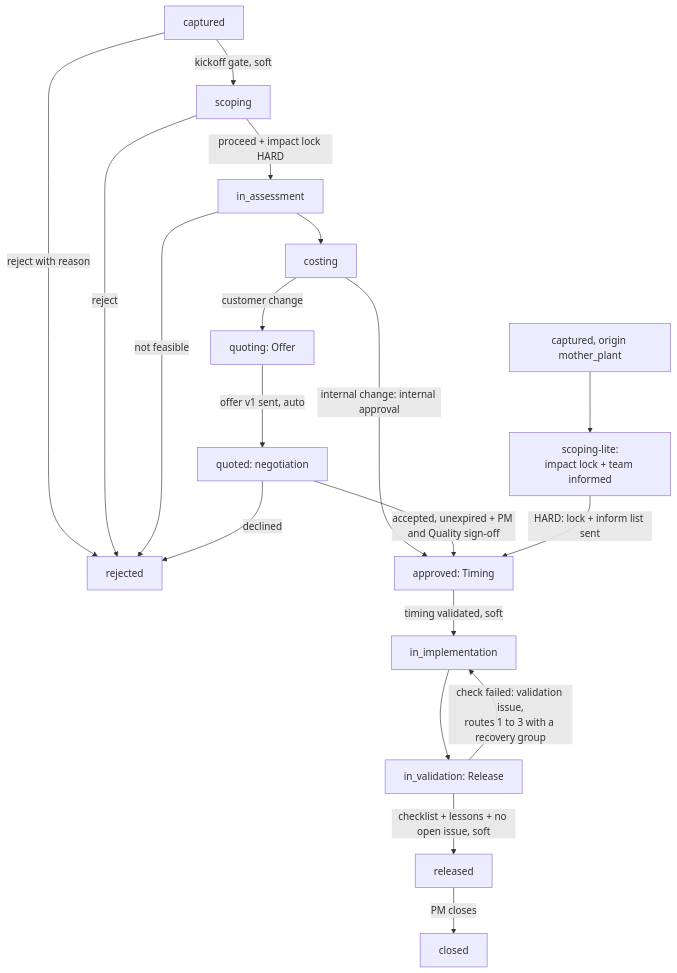
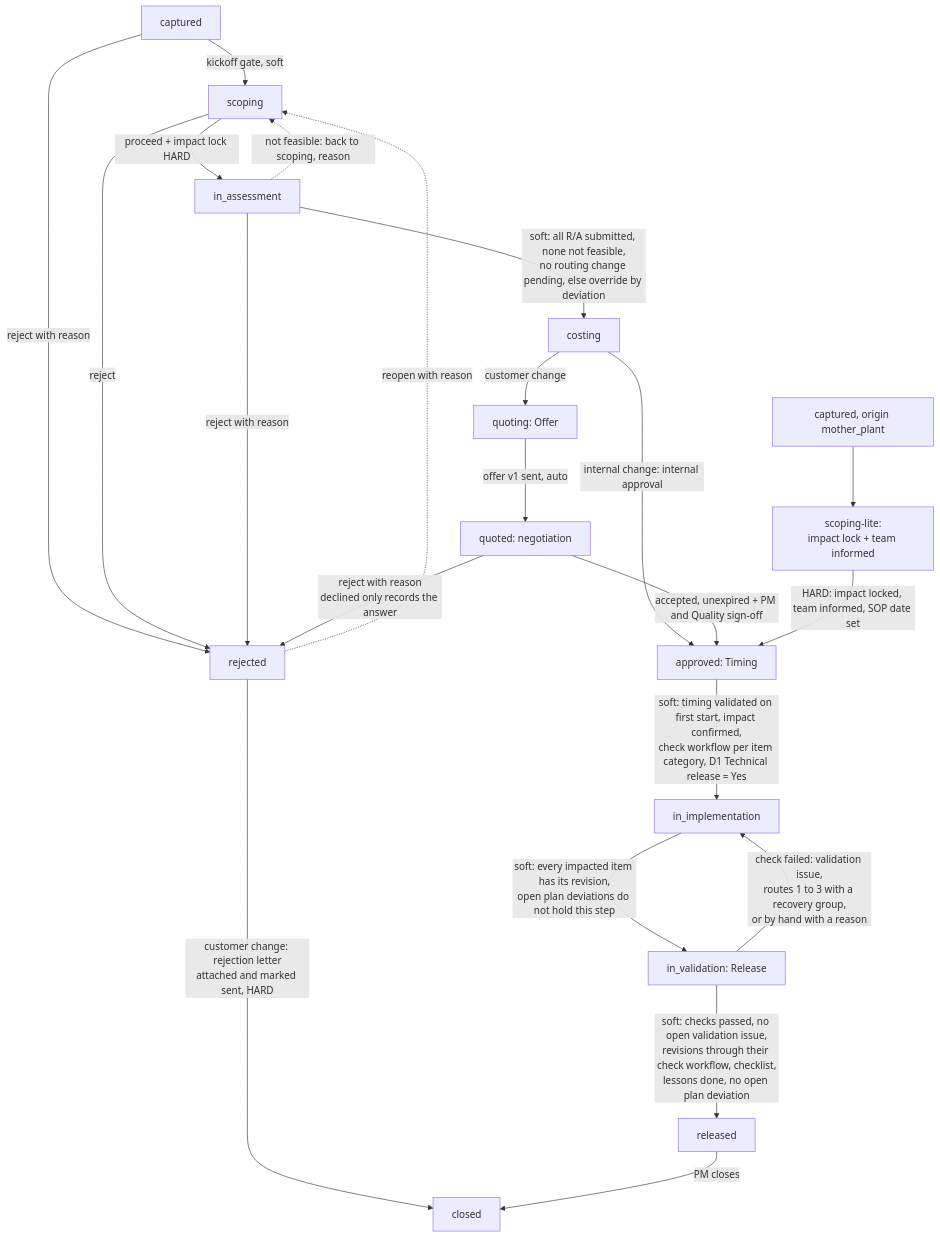
Before and after one commit to chremmler777/PLM2: the diagram in docs/CHANGE_MANAGEMENT_FLOW.md, drawn with Mermaid. The commit also changed other lines of this file, not shown here.

First line of the commit message:
docs(cm): CHANGE_MANAGEMENT_FLOW matches the system (desk check 2026-10-01)

````diff
--- a/docs/CHANGE_MANAGEMENT_FLOW.md
+++ b/docs/CHANGE_MANAGEMENT_FLOW.md
@@ -43,21 +45,24 @@
 ```mermaid
 flowchart TD
     A[captured] -->|kickoff gate, soft| B[scoping]
     A -->|reject with reason| X[rejected]
     B -->|proceed + impact lock HARD| C[in_assessment]
     B -->|reject| X
-    C -->|not feasible| X
-    C --> D[costing]
+    C -->|reject with reason| X
+    C -.->|not feasible: back to scoping, reason| B
+    C -->|soft: all R/A submitted, none not feasible,<br/>no routing change pending, else override by deviation| D[costing]
     D -->|customer change| E[quoting: Offer]
     D -->|internal change: internal approval| H
     E -->|offer v1 sent, auto| F[quoted: negotiation]
-    F -->|declined| X
+    F -->|reject with reason<br/>declined only records the answer| X
+    X -->|customer change: rejection letter<br/>attached and marked sent, HARD| M
+    X -.->|reopen with reason| B
     F -->|accepted, unexpired + PM and Quality sign-off| H[approved: Timing]
-    H -->|timing validated, soft| I[in_implementation]
-    I --> J[in_validation: Release]
-    J -->|check failed: validation issue,<br/>routes 1 to 3 with a recovery group| I
-    J -->|checklist + lessons + no open issue, soft| K[released]
+    H -->|soft: timing validated on first start, impact confirmed,<br/>check workflow per item category, D1 Technical release = Yes| I[in_implementation]
+    I -->|soft: every impacted item has its revision,<br/>open plan deviations do not hold this step| J[in_validation: Release]
+    J -->|check failed: validation issue,<br/>routes 1 to 3 with a recovery group,<br/>or by hand with a reason| I
+    J -->|soft: checks passed, no open validation issue,<br/>revisions through their check workflow, checklist,<br/>lessons done, no open plan deviation| K[released]
     K -->|PM closes| M[closed]
     MA[captured, origin mother_plant] --> MB[scoping-lite:<br/>impact lock + team informed]
-    MB -->|HARD: lock + inform list sent| H
+    MB -->|HARD: impact locked, team informed, SOP date set| H
 ```
````
